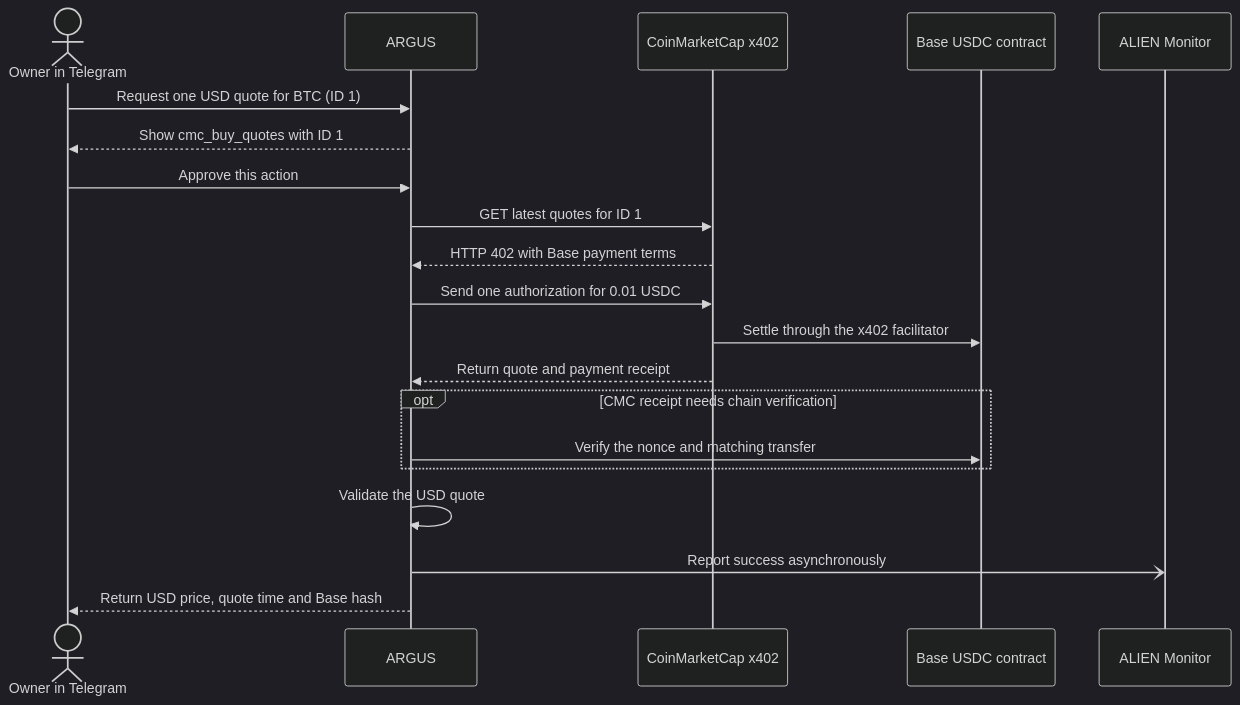
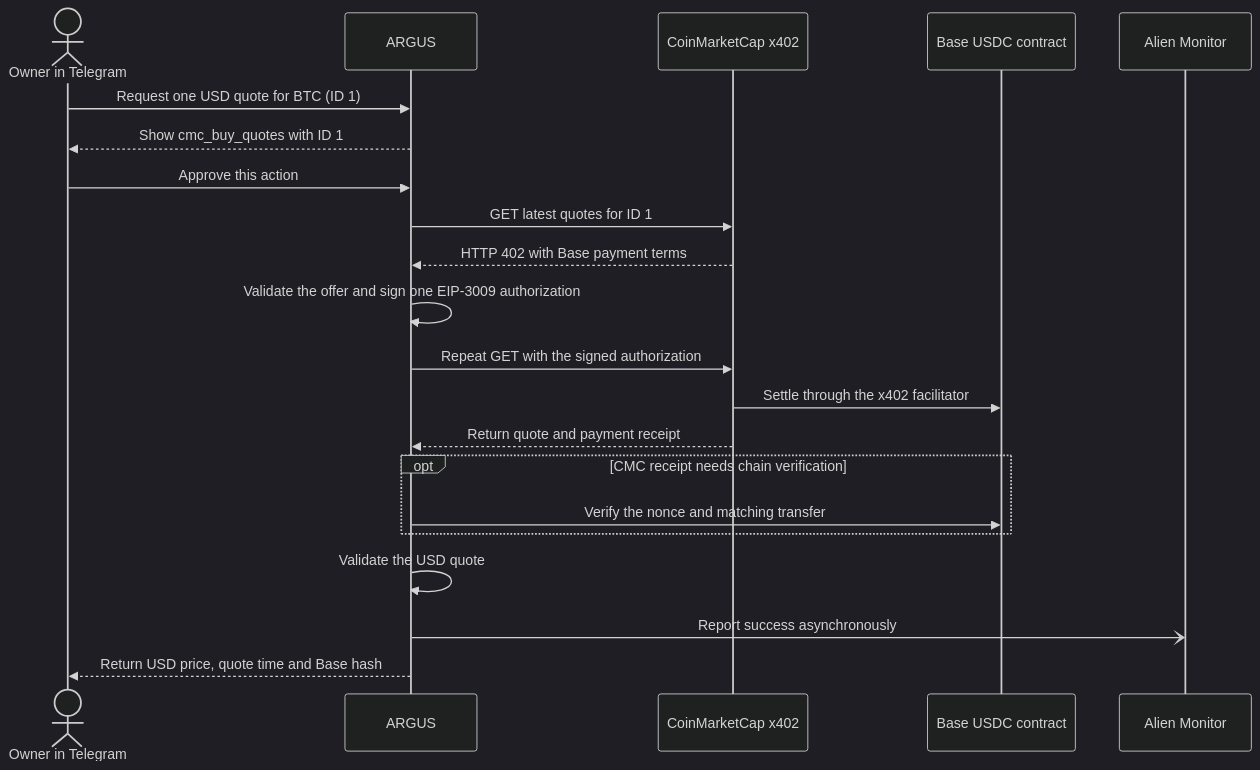
One commit to alexar76/argus changed the diagram in docs/use-case-cmc-telegram.md. Above: the diagram before and after it, drawn with Mermaid (dark theme). The commit also changed other lines of this file and 19 other files, not shown here.

````diff
--- a/docs/use-case-cmc-telegram.md
+++ b/docs/use-case-cmc-telegram.md
@@ -9,22 +9,23 @@
 ```mermaid
 sequenceDiagram
     actor Owner as Owner in Telegram
     participant Bot as ARGUS
     participant CMC as CoinMarketCap x402
     participant Base as Base USDC contract
-    participant Monitor as ALIEN Monitor
+    participant Monitor as Alien Monitor
     Owner->>Bot: Request one USD quote for BTC (ID 1)
     Bot-->>Owner: Show cmc_buy_quotes with ID 1
     Owner->>Bot: Approve this action
     Bot->>CMC: GET latest quotes for ID 1
     CMC-->>Bot: HTTP 402 with Base payment terms
-    Bot->>CMC: Send one authorization for 0.01 USDC
+    Bot->>Bot: Validate the offer and sign one EIP-3009 authorization
+    Bot->>CMC: Repeat GET with the signed authorization
     CMC->>Base: Settle through the x402 facilitator
     CMC-->>Bot: Return quote and payment receipt
     opt CMC receipt needs chain verification
         Bot->>Base: Verify the nonce and matching transfer
     end
     Bot->>Bot: Validate the USD quote
     Bot-)Monitor: Report success asynchronously
     Bot-->>Owner: Return USD price, quote time and Base hash
 ```
````
